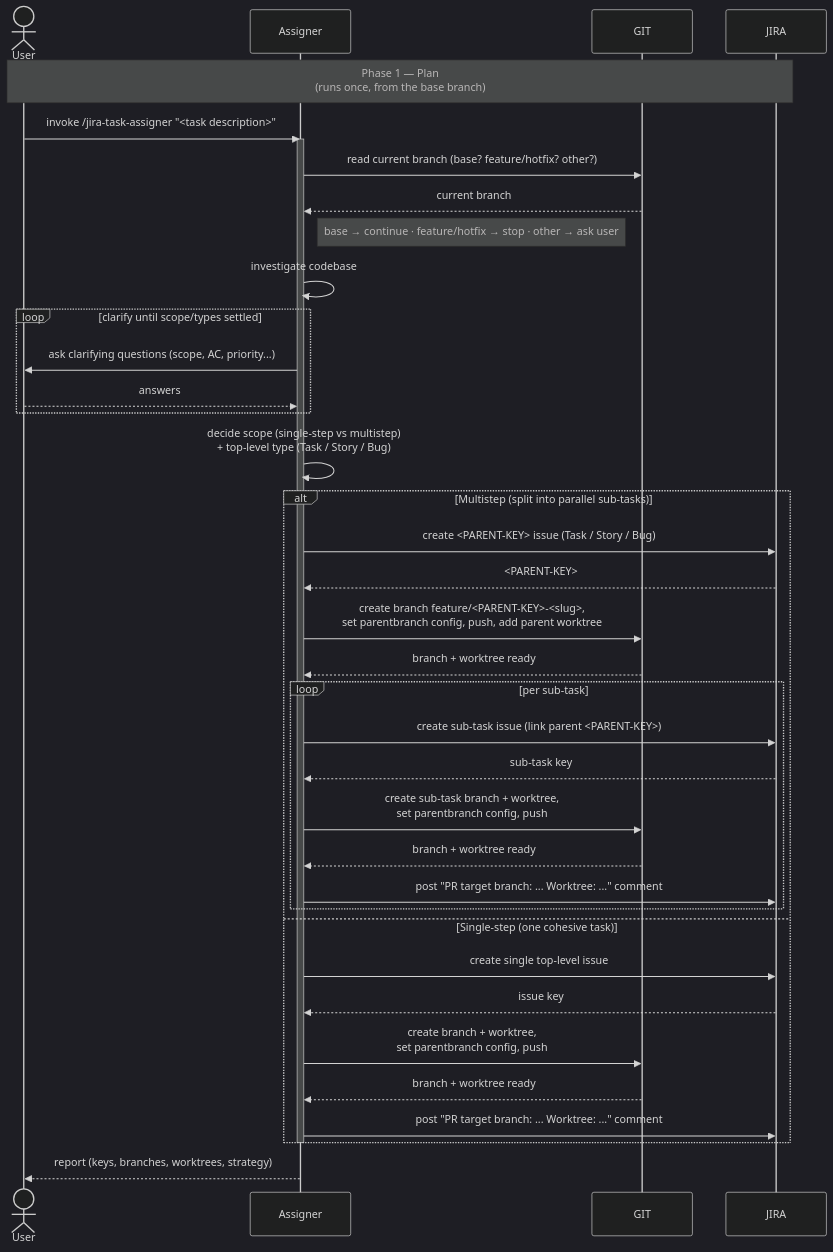
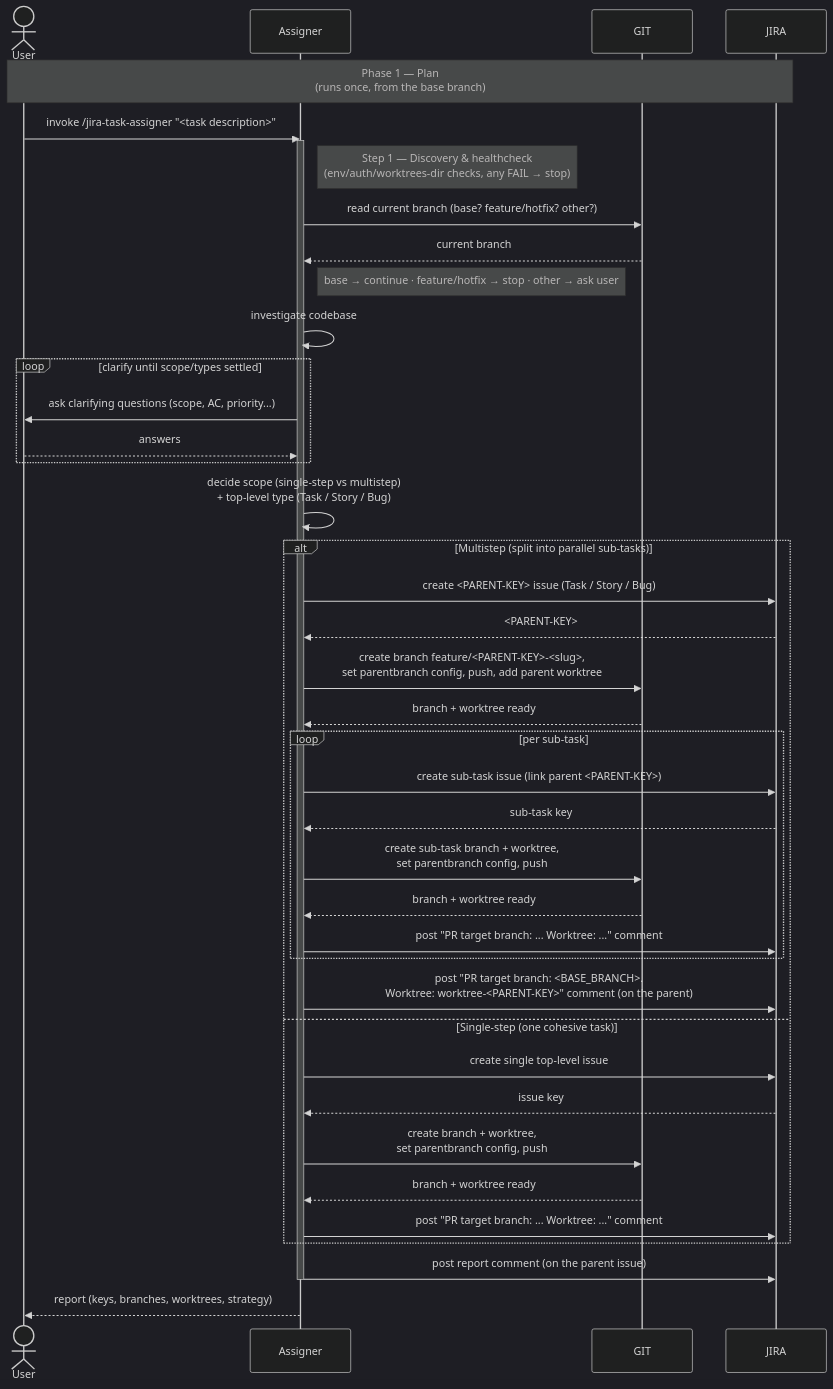
Before and after one commit to kantorv/jira-sdlc-tools: the diagram in plugins/jira-sdlc/docs/TASK-LIFECYCLE-PHASE-1.md, drawn with Mermaid (dark theme). The commit also changed other lines of this file, not shown here.

First line of the commit message:
JST-60 sync TASK-LIFECYCLE-PHASE-1 diagram/prose with jira-task-assigner

````diff
--- a/plugins/jira-sdlc/docs/TASK-LIFECYCLE-PHASE-1.md
+++ b/plugins/jira-sdlc/docs/TASK-LIFECYCLE-PHASE-1.md
@@ -24,46 +26,49 @@
 ```mermaid
 sequenceDiagram
     actor User
     participant Assigner
     participant GIT
     participant JIRA
 
     Note over User,JIRA: Phase 1 — Plan<br/>(runs once, from the base branch)
     User->>Assigner: invoke /jira-task-assigner "<task description>"
 
     activate Assigner
+    Note right of Assigner: Step 1 — Discovery & healthcheck<br/>(env/auth/worktrees-dir checks, any FAIL → stop)
     Assigner->>GIT: read current branch (base? feature/hotfix? other?)
     GIT-->>Assigner: current branch
     Note right of Assigner: base → continue · feature/hotfix → stop · other → ask user
     Assigner->>Assigner: investigate codebase
 
     loop clarify until scope/types settled
         Assigner->>User: ask clarifying questions (scope, AC, priority...)
         User-->>Assigner: answers
     end
 
     Assigner->>Assigner: decide scope (single-step vs multistep)<br/>+ top-level type (Task / Story / Bug)
 
     alt Multistep (split into parallel sub-tasks)
         Assigner->>JIRA: create <PARENT-KEY> issue (Task / Story / Bug)
         JIRA-->>Assigner: <PARENT-KEY>
         Assigner->>GIT: create branch feature/<PARENT-KEY>-<slug>,<br/>set parentbranch config, push, add parent worktree
         GIT-->>Assigner: branch + worktree ready
         loop per sub-task
             Assigner->>JIRA: create sub-task issue (link parent <PARENT-KEY>)
             JIRA-->>Assigner: sub-task key
             Assigner->>GIT: create sub-task branch + worktree,<br/>set parentbranch config, push
             GIT-->>Assigner: branch + worktree ready
             Assigner->>JIRA: post "PR target branch: ... Worktree: ..." comment
         end
+        Assigner->>JIRA: post "PR target branch: <BASE_BRANCH>.<br/>Worktree: worktree-<PARENT-KEY>" comment (on the parent)
     else Single-step (one cohesive task)
         Assigner->>JIRA: create single top-level issue
         JIRA-->>Assigner: issue key
         Assigner->>GIT: create branch + worktree,<br/>set parentbranch config, push
         GIT-->>Assigner: branch + worktree ready
         Assigner->>JIRA: post "PR target branch: ... Worktree: ..." comment
     end
+    Assigner->>JIRA: post report comment (on the parent issue)
     deactivate Assigner
 
     Assigner-->>User: report (keys, branches, worktrees, strategy)
 ```
````
